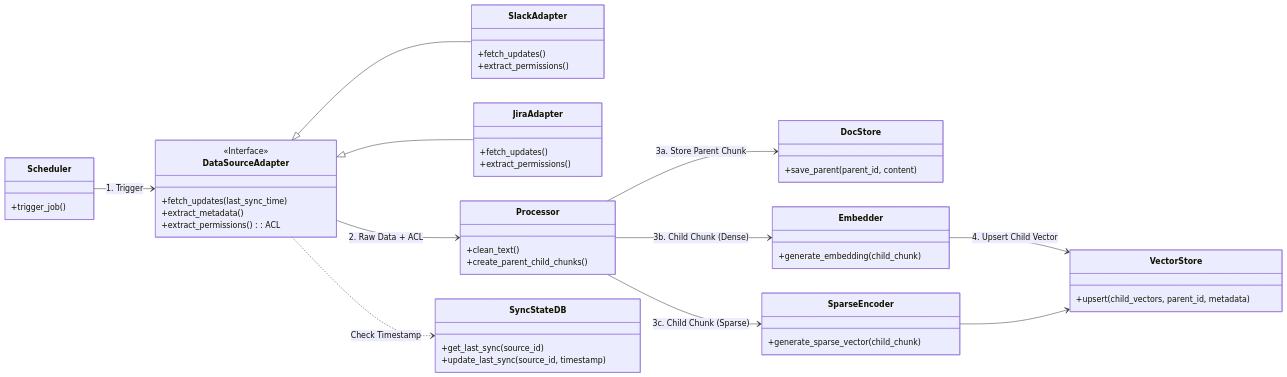
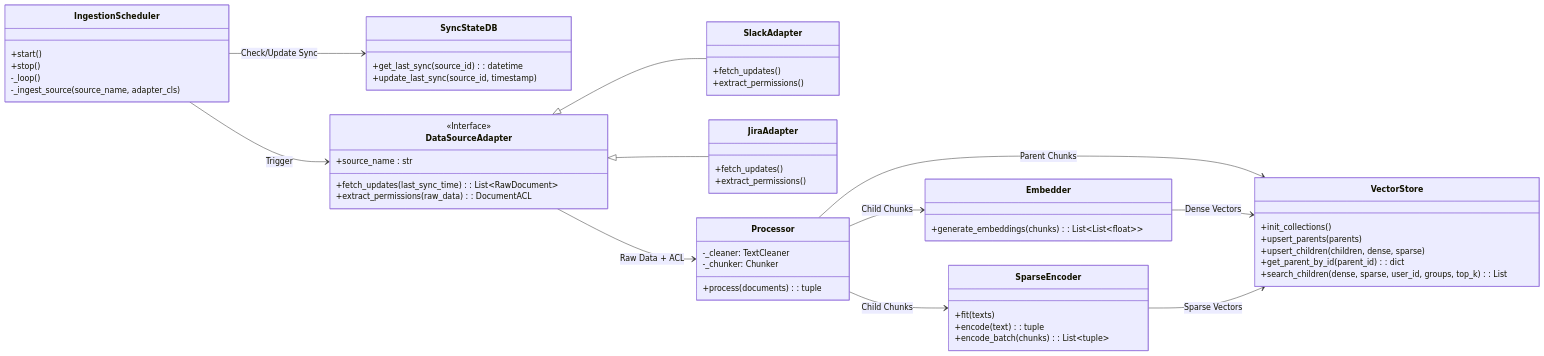
One commit to end-2/search changed the first of 2 diagrams in docs/design.md. Above: the diagram before and after it, drawn with Mermaid. The commit also changed other lines of this file and 54 other files, not shown here.

````diff
--- a/docs/design.md
+++ b/docs/design.md
@@ -13,62 +17,68 @@
 ```mermaid
 classDiagram
     direction LR
-    
-    class Scheduler {
-        +trigger_job()
+
+    class IngestionScheduler {
+        +start()
+        +stop()
+        -_loop()
+        -_ingest_source(source_name, adapter_cls)
+    }
+
+    class SyncStateDB {
+        +get_last_sync(source_id) : datetime
+        +update_last_sync(source_id, timestamp)
     }
 
     class DataSourceAdapter {
         <<Interface>>
-        +fetch_updates(last_sync_time)
-        +extract_metadata()
-        +extract_permissions() : ACL
+        +source_name : str
+        +fetch_updates(last_sync_time) : List~RawDocument~
+        +extract_permissions(raw_data) : DocumentACL
     }
-    
+
     class SlackAdapter {
         +fetch_updates()
         +extract_permissions()
     }
     class JiraAdapter {
         +fetch_updates()
         +extract_permissions()
     }
-    
+
     class Processor {
-        +clean_text()
-        +create_parent_child_chunks()
+        -_cleaner: TextCleaner
+        -_chunker: Chunker
+        +process(documents) : tuple
     }
-    
-    class DocStore {
-        +save_parent(parent_id, content)
-    }
-    
+
     class Embedder {
-        +generate_embedding(child_chunk)
+        +generate_embeddings(chunks) : List~List~float~~
     }
 
     class SparseEncoder {
-        +generate_sparse_vector(child_chunk)
-    }
-    
-    class VectorStore {
-        +upsert(child_vectors, parent_id, metadata)
-    }
-    
-    class SyncStateDB {
-        +get_last_sync(source_id)
-        +update_last_sync(source_id, timestamp)
+        +fit(texts)
+        +encode(text) : tuple
+        +encode_batch(chunks) : List~tuple~
     }
 
-    Scheduler --> DataSourceAdapter : 1. Trigger
+    class VectorStore {
+        +init_collections()
+        +upsert_parents(parents)
+        +upsert_children(children, dense, sparse)
+        +get_parent_by_id(parent_id) : dict
+        +search_children(dense, sparse, user_id, groups, top_k) : List
+    }
+
+    IngestionScheduler --> SyncStateDB : Check/Update Sync
+    IngestionScheduler --> DataSourceAdapter : Trigger
     DataSourceAdapter <|-- SlackAdapter
     DataSourceAdapter <|-- JiraAdapter
-    DataSourceAdapter ..> SyncStateDB : Check Timestamp
-    
-    DataSourceAdapter --> Processor : 2. Raw Data + ACL
-    Processor --> DocStore : 3a. Store Parent Chunk
-    Processor --> Embedder : 3b. Child Chunk (Dense)
-    Processor --> SparseEncoder : 3c. Child Chunk (Sparse)
-    Embedder --> VectorStore : 4. Upsert Child Vector
-    SparseEncoder --> VectorStore
+
+    DataSourceAdapter --> Processor : Raw Data + ACL
+    Processor --> Embedder : Child Chunks
+    Processor --> SparseEncoder : Child Chunks
+    Processor --> VectorStore : Parent Chunks
+    Embedder --> VectorStore : Dense Vectors
+    SparseEncoder --> VectorStore : Sparse Vectors
 ```
````
